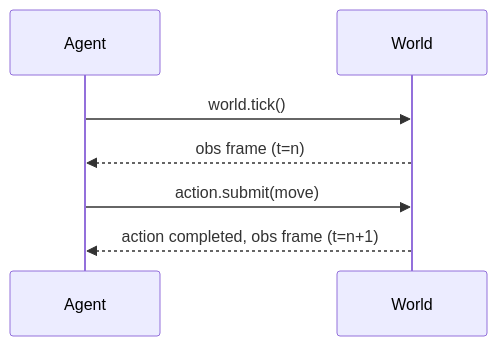
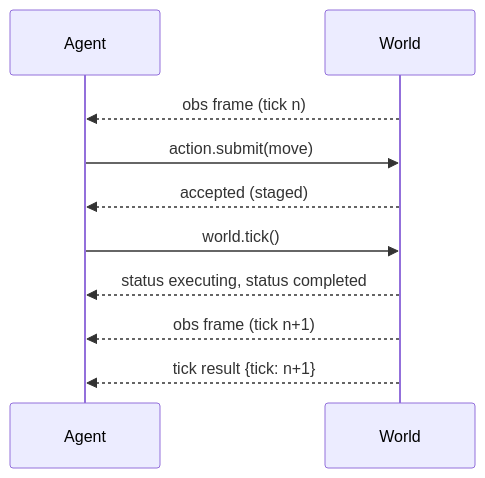
The first of 2 diagrams in concepts/time-models.mdx (Hyperduality/agent-world-protocol), drawn with Mermaid before and after one commit. The commit also changed other lines of this file and 144 other files, not shown here.

Commit message:
Add canonical JSON Schemas, validation CI, and a requirement matrix for the v0.1 draft.

````diff
--- a/concepts/time-models.mdx
+++ b/concepts/time-models.mdx
@@ -13,9 +13,12 @@
 ```mermaid
 sequenceDiagram
     participant A as Agent
     participant W as World
+    W-->>A: obs frame (tick n)
+    A->>W: action.submit(move)
+    W-->>A: accepted (staged)
     A->>W: world.tick()
-    W-->>A: obs frame (t=n)
-    A->>W: action.submit(move)
-    W-->>A: action completed, obs frame (t=n+1)
+    W-->>A: status executing, status completed
+    W-->>A: obs frame (tick n+1)
+    W-->>A: tick result {tick: n+1}
 ```
````
